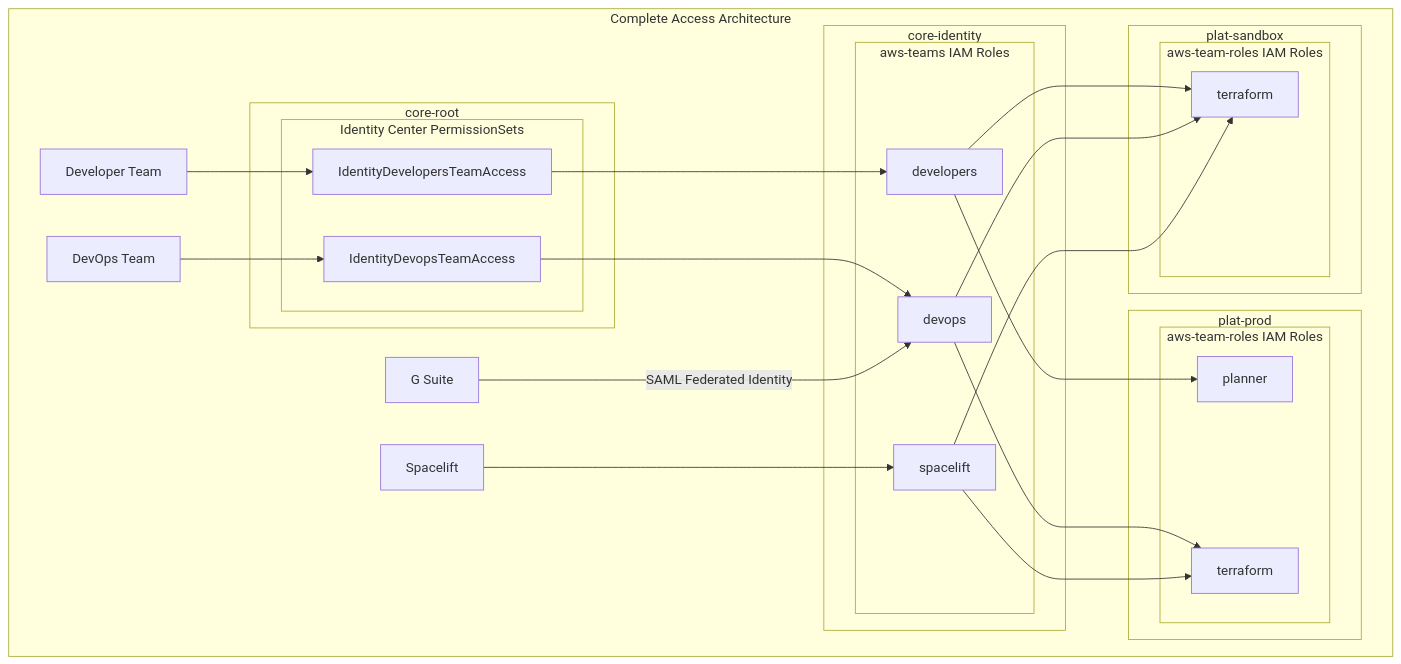
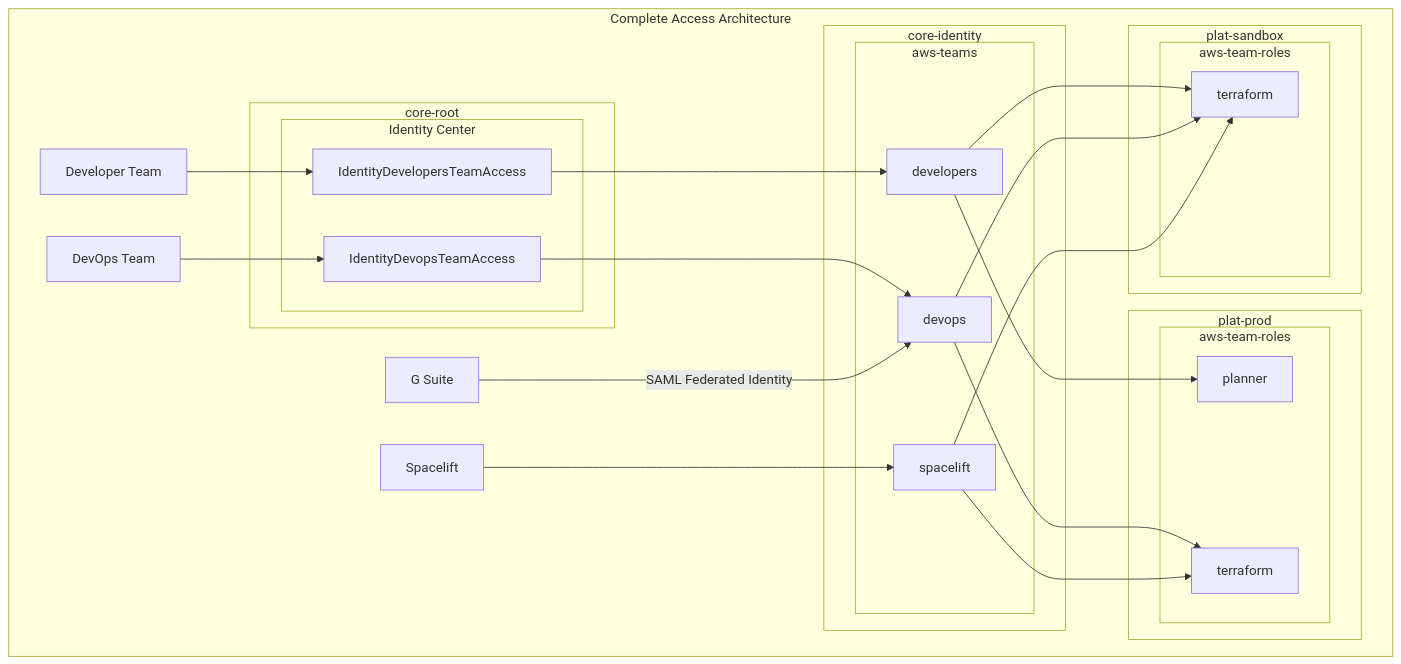
One commit to cloudposse/docs changed the fourth of 5 diagrams in docs/layers/identity/centralized-terraform-access.mdx. Above: the diagram before and after it, drawn with Mermaid. The commit also changed other lines of this file and 1 other file, not shown here.

Commit message:
updated identity documentation, added mermaid diagrams

````diff
--- a/docs/layers/identity/centralized-terraform-access.mdx
+++ b/docs/layers/identity/centralized-terraform-access.mdx
@@ -162,48 +162,48 @@
 ```mermaid
 flowchart TB
     subgraph "Complete Access Architecture"
         subgraph "core-root"
-            subgraph sso["Identity Center PermissionSets"]
+            subgraph sso["Identity Center"]
                 developers_team_access["IdentityDevelopersTeamAccess"]
                 devops_team_access["IdentityDevopsTeamAccess"]
             end
         end
 
         subgraph "core-identity"
-            subgraph aws_teams["aws-teams IAM Roles"]
+            subgraph aws_teams["aws-teams"]
                 devops_teams["devops"]
                 developers_teams["developers"]
                 spacelift_teams["spacelift"]
             end
         end
 
         subgraph "plat-prod"
-            subgraph aws_team_roles_prod["aws-team-roles IAM Roles"]
+            subgraph aws_team_roles_prod["aws-team-roles"]
                 terraform_prod["terraform"]
                 planner_prod["planner"]
             end
         end
 
         subgraph "plat-sandbox"
-            subgraph aws_team_roles_sandbox["aws-team-roles IAM Roles"]
+            subgraph aws_team_roles_sandbox["aws-team-roles"]
                 terraform_sandbox["terraform"]
             end
         end
 
         developers_team["Developer Team"] --> developers_team_access
         devops_team["DevOps Team"] --> devops_team_access
         developers_team_access --> developers_teams
         devops_team_access --> devops_teams
 
         g_suite["G Suite"] -->|SAML Federated Identity| devops_teams
         spacelift["Spacelift"] --> spacelift_teams
 
         developers_teams --> planner_prod
         devops_teams --> terraform_prod
         spacelift_teams --> terraform_prod
 
         developers_teams --> terraform_sandbox
         devops_teams --> terraform_sandbox
         spacelift_teams --> terraform_sandbox
     end
 ```
````
